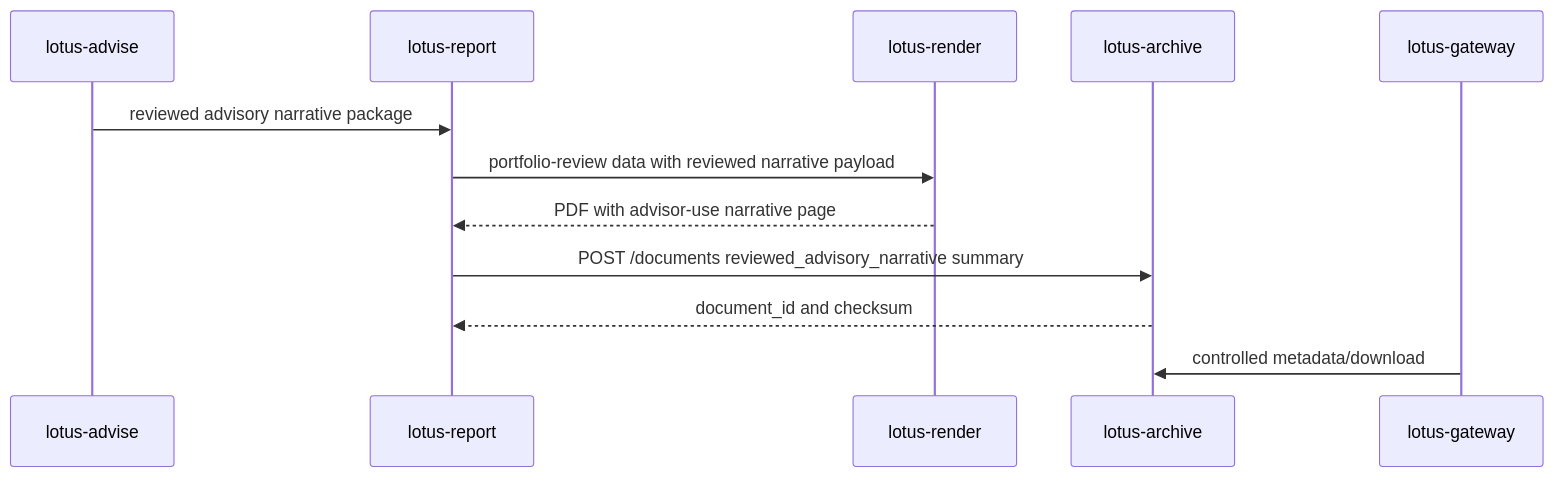
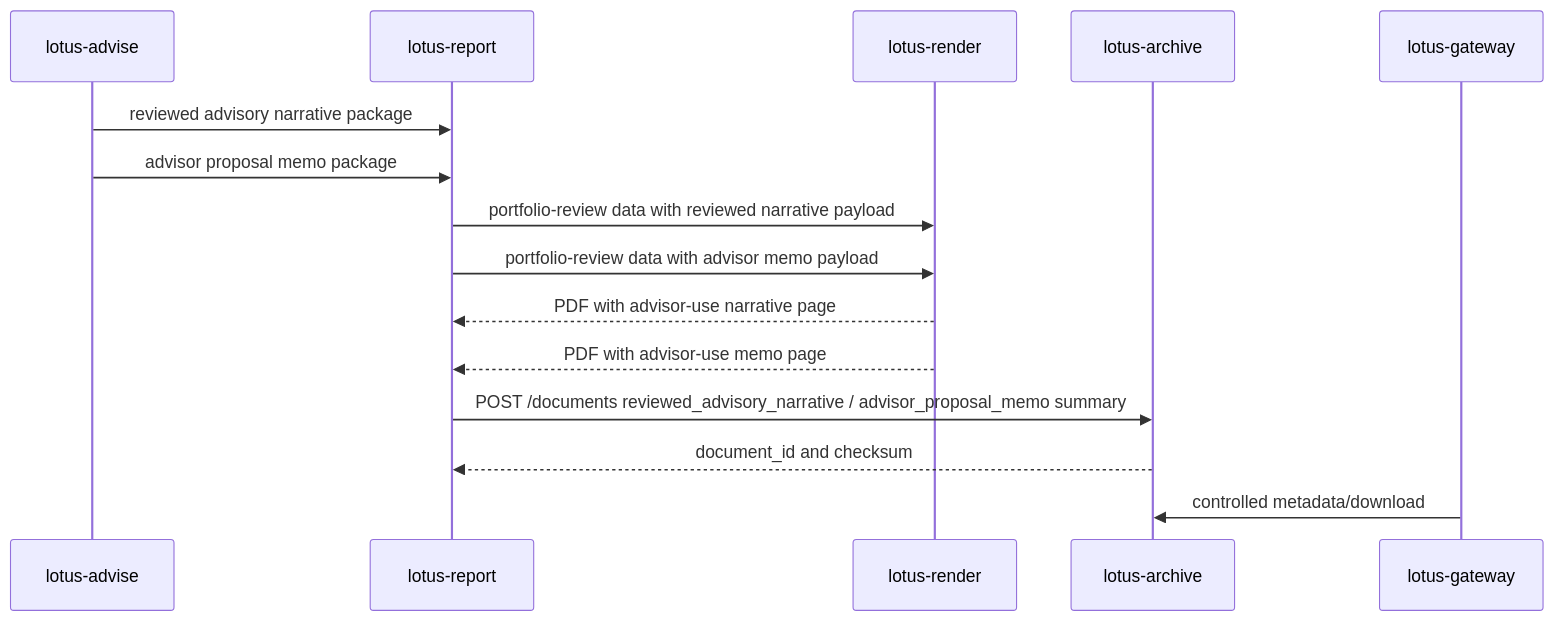
Before and after one commit to sgajbi/lotus-archive: the third of 3 diagrams in wiki/Home.md, drawn with Mermaid. The commit also changed 11 other files, not shown here.

Commit message:
feat: archive advisor proposal memo summaries

````diff
--- a/wiki/Home.md
+++ b/wiki/Home.md
@@ -90,15 +90,18 @@
 ```mermaid
 sequenceDiagram
     participant Advise as lotus-advise
     participant Report as lotus-report
     participant Render as lotus-render
     participant Archive as lotus-archive
     participant Gateway as lotus-gateway
 
     Advise->>Report: reviewed advisory narrative package
+    Advise->>Report: advisor proposal memo package
     Report->>Render: portfolio-review data with reviewed narrative payload
+    Report->>Render: portfolio-review data with advisor memo payload
     Render-->>Report: PDF with advisor-use narrative page
-    Report->>Archive: POST /documents reviewed_advisory_narrative summary
+    Render-->>Report: PDF with advisor-use memo page
+    Report->>Archive: POST /documents reviewed_advisory_narrative / advisor_proposal_memo summary
     Archive-->>Report: document_id and checksum
     Gateway->>Archive: controlled metadata/download
 ```
````
